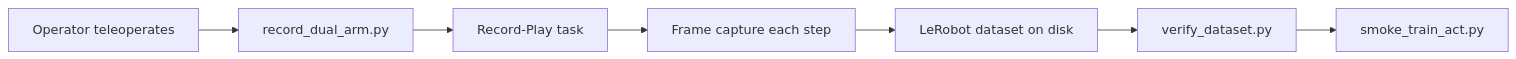
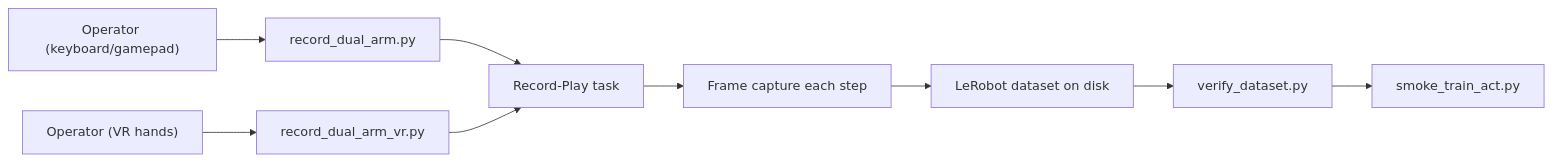
Before and after one commit to trossenmobileai/trossen_ai_isaac: the third of 3 diagrams in docs/EPIC3_SIMULATION_TRAINING_PIPELINE.md, drawn with Mermaid. The commit also changed other lines of this file and 4 other files, not shown here.

````diff
--- a/docs/EPIC3_SIMULATION_TRAINING_PIPELINE.md
+++ b/docs/EPIC3_SIMULATION_TRAINING_PIPELINE.md
@@ -487,12 +491,16 @@
 ```mermaid
 flowchart LR
-  Op["Operator teleoperates"]
+  OpKB["Operator (keyboard/gamepad)"]
+  OpVR["Operator (VR hands)"]
   RecScript["record_dual_arm.py"]
+  RecVR["record_dual_arm_vr.py"]
   RecEnv["Record-Play task"]
   Capture["Frame capture each step"]
   LeRobot["LeRobot dataset on disk"]
   Verify["verify_dataset.py"]
   Train["smoke_train_act.py"]
 
-  Op --> RecScript --> RecEnv --> Capture --> LeRobot --> Verify --> Train
+  OpKB --> RecScript --> RecEnv
+  OpVR --> RecVR --> RecEnv
+  RecEnv --> Capture --> LeRobot --> Verify --> Train
 ```
````
